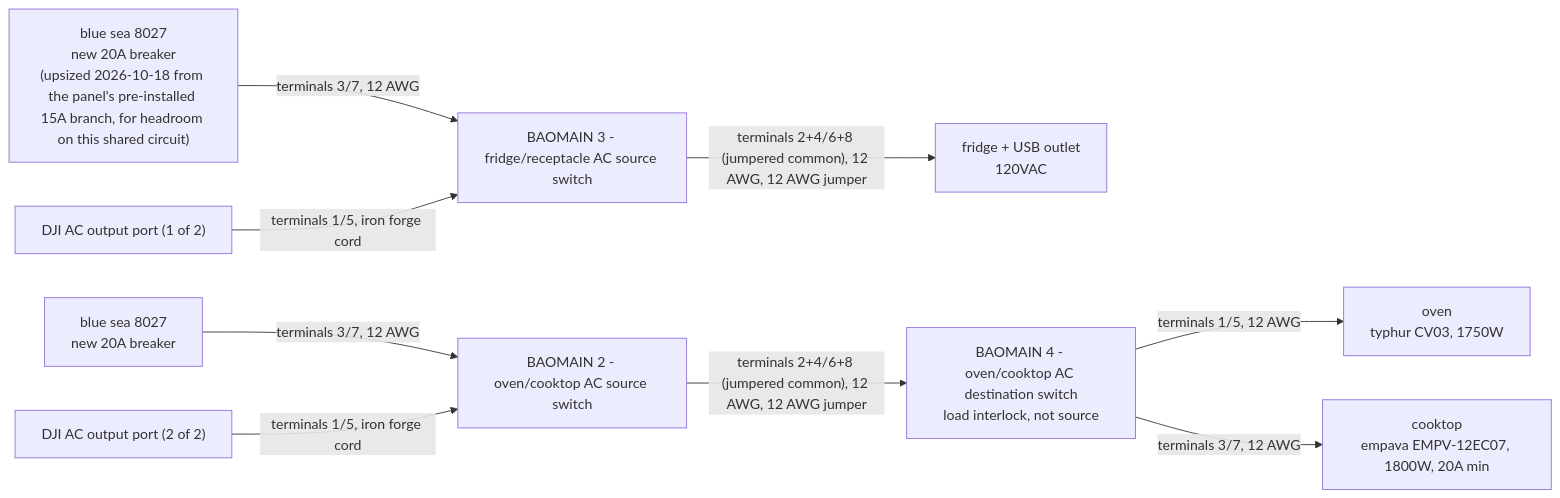
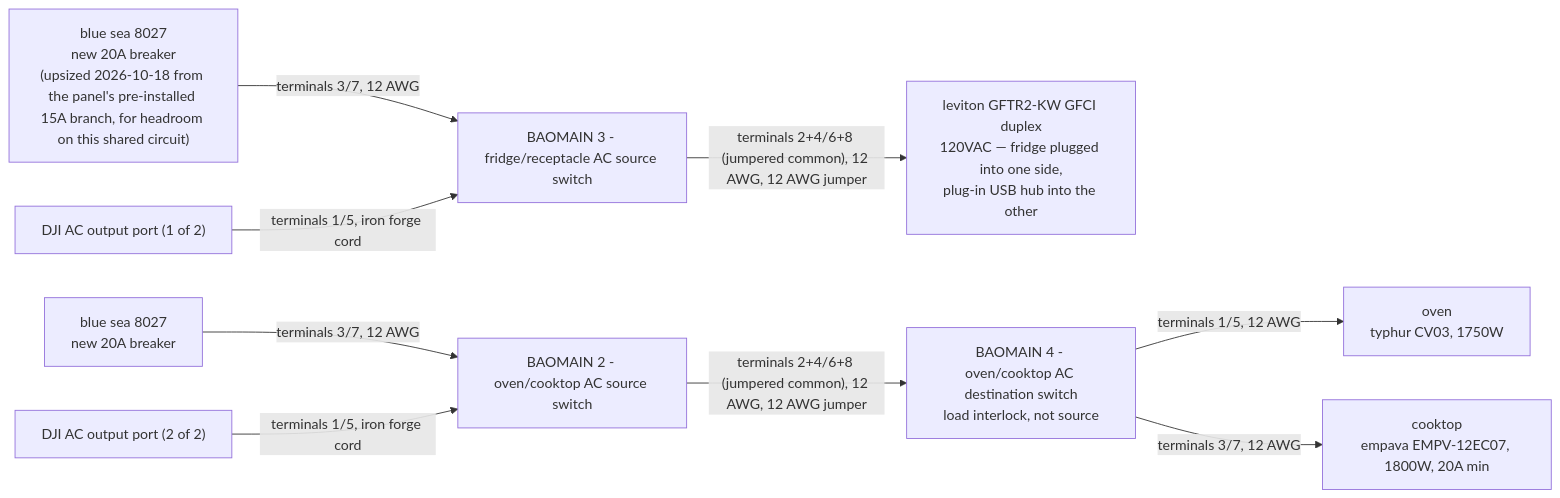
One commit to timit/vandalia changed the fourth of 6 diagrams in electrical/PLAN.md. Above: the diagram before and after it, drawn with Mermaid. The commit also changed other lines of this file, not shown here.

````diff
--- a/electrical/PLAN.md
+++ b/electrical/PLAN.md
@@ -191,11 +193,11 @@
 ```mermaid
 flowchart LR
   p8027a["blue sea 8027<br/>new 20A breaker<br/>(upsized 2026-10-18 from the panel's pre-installed 15A branch, for headroom on this shared circuit)"] -->|"terminals 3/7, 12 AWG"| b1["BAOMAIN 3 - fridge/receptacle AC source switch"]
   djiout1["DJI AC output port (1 of 2)"] -->|"terminals 1/5, iron forge cord"| b1
-  b1 -->|"terminals 2+4/6+8 (jumpered common), 12 AWG, 12 AWG jumper"| kfu["fridge + USB outlet<br/>120VAC"]
+  b1 -->|"terminals 2+4/6+8 (jumpered common), 12 AWG, 12 AWG jumper"| kfu["leviton GFTR2-KW GFCI duplex<br/>120VAC — fridge plugged into one side,<br/>plug-in USB hub into the other"]
   p8027b["blue sea 8027<br/>new 20A breaker"] -->|"terminals 3/7, 12 AWG"| b2["BAOMAIN 2 - oven/cooktop AC source switch"]
   djiout2b["DJI AC output port (2 of 2)"] -->|"terminals 1/5, iron forge cord"| b2
   b2 -->|"terminals 2+4/6+8 (jumpered common), 12 AWG, 12 AWG jumper"| b4["BAOMAIN 4 - oven/cooktop AC destination switch<br/>load interlock, not source"]
   b4 -->|"terminals 1/5, 12 AWG"| oven["oven<br/>typhur CV03, 1750W"]
   b4 -->|"terminals 3/7, 12 AWG"| cooktop["cooktop<br/>empava EMPV-12EC07, 1800W, 20A min"]
 ```
````
